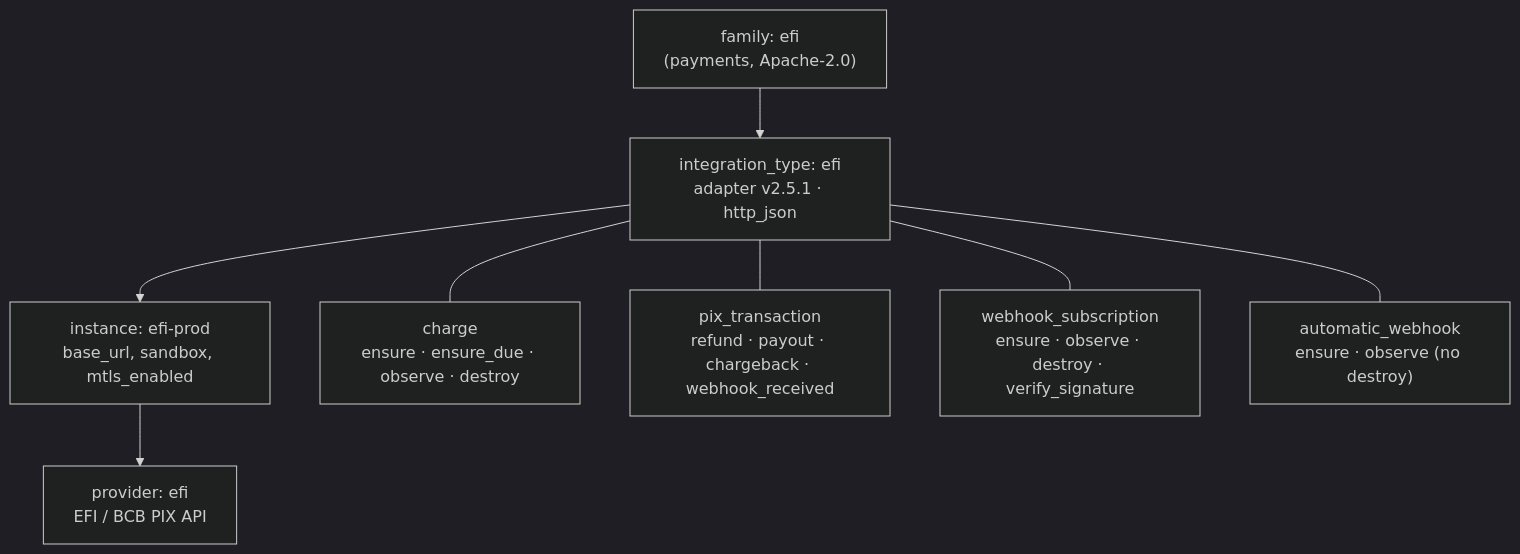
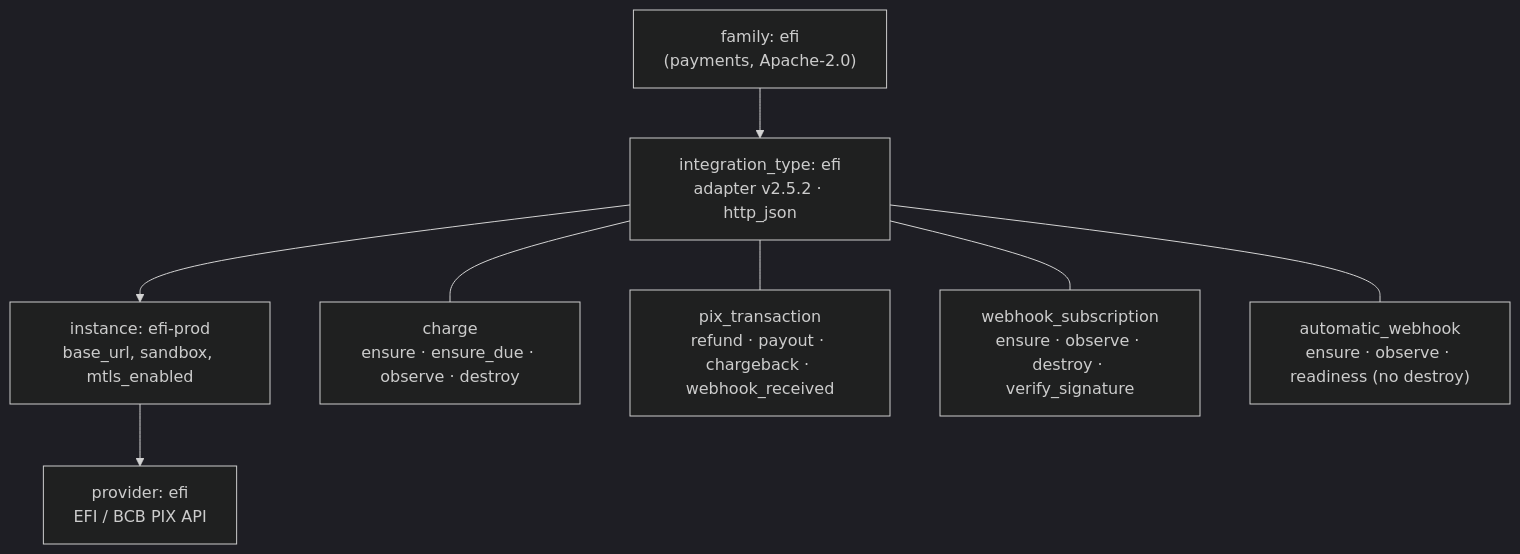
The second of 3 diagrams in README.md (dakasa-yggdrasil/integration-efi), drawn with Mermaid (dark theme) before and after one commit. The commit also changed other lines of this file and 20 other files, not shown here.

Commit message:
✨ prove Pix automatic webhook readiness

````diff
--- a/README.md
+++ b/README.md
@@ -73,13 +73,13 @@
 ```mermaid
 flowchart TD
   fam["family: efi<br/>(payments, Apache-2.0)"]
-  typ["integration_type: efi<br/>adapter v2.5.1 · http_json"]
+  typ["integration_type: efi<br/>adapter v2.5.2 · http_json"]
   inst["instance: efi-prod<br/>base_url, sandbox, mtls_enabled"]
   prov["provider: efi<br/>EFI / BCB PIX API"]
   fam --> typ --> inst --> prov
 
   typ --- rt1["charge<br/>ensure · ensure_due · observe · destroy"]
   typ --- rt2["pix_transaction<br/>refund · payout · chargeback · webhook_received"]
   typ --- rt3["webhook_subscription<br/>ensure · observe · destroy · verify_signature"]
-  typ --- rt4["automatic_webhook<br/>ensure · observe (no destroy)"]
+  typ --- rt4["automatic_webhook<br/>ensure · observe · readiness (no destroy)"]
 ```
````
